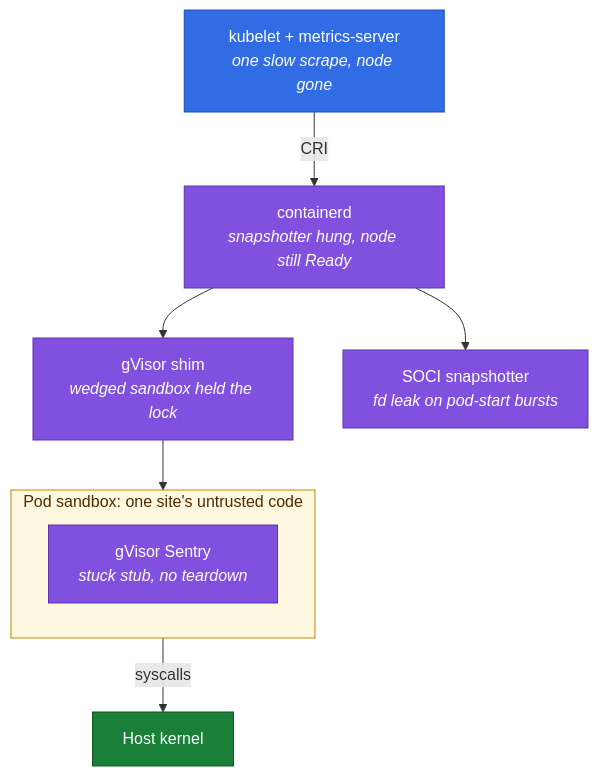
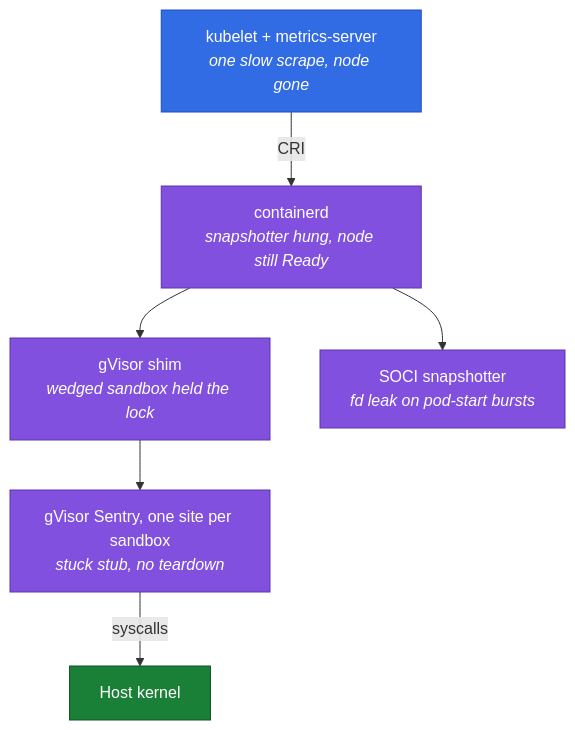
Before and after one commit to NahumLitvin/NahumLitvin: the diagram in README.md, drawn with Mermaid.

Commit message:
Drop the sandbox subgraph, it left a gap

````diff
--- a/README.md
+++ b/README.md
@@ -9,18 +9,14 @@
 ```mermaid
 flowchart TD
   kubelet["kubelet + metrics-server<br/><i>one slow scrape, node gone</i>"] -->|CRI| ctr["containerd<br/><i>snapshotter hung, node still Ready</i>"]
   ctr --> shim["gVisor shim<br/><i>wedged sandbox held the lock</i>"]
   ctr --> soci["SOCI snapshotter<br/><i>fd leak on pod-start bursts</i>"]
-  shim --> sandbox
-  subgraph sandbox["Pod sandbox: one site's untrusted code"]
-    sentry["gVisor Sentry<br/><i>stuck stub, no teardown</i>"]
-  end
-  sandbox -->|syscalls| kernel["Host kernel"]
-  style sandbox fill:#fff8e1,stroke:#bf8700,color:#4d2d00
+  shim --> sentry["gVisor Sentry, one site per sandbox<br/><i>stuck stub, no teardown</i>"]
+  sentry -->|syscalls| kernel["Host kernel"]
   style kubelet fill:#326ce5,stroke:#1f4fb4,color:#ffffff
   style ctr fill:#8250df,stroke:#5e34a8,color:#ffffff
   style soci fill:#8250df,stroke:#5e34a8,color:#ffffff
   style shim fill:#8250df,stroke:#5e34a8,color:#ffffff
   style sentry fill:#8250df,stroke:#5e34a8,color:#ffffff
   style kernel fill:#1a7f37,stroke:#0f5323,color:#ffffff
 ```
````
